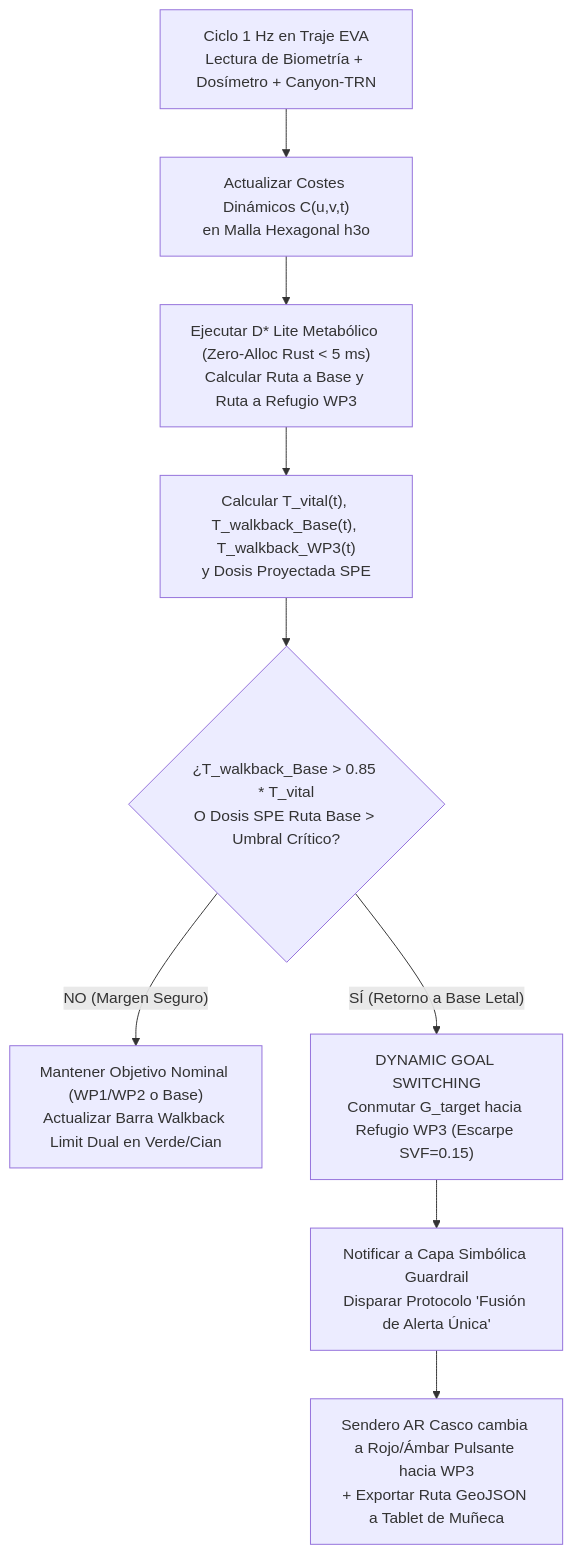
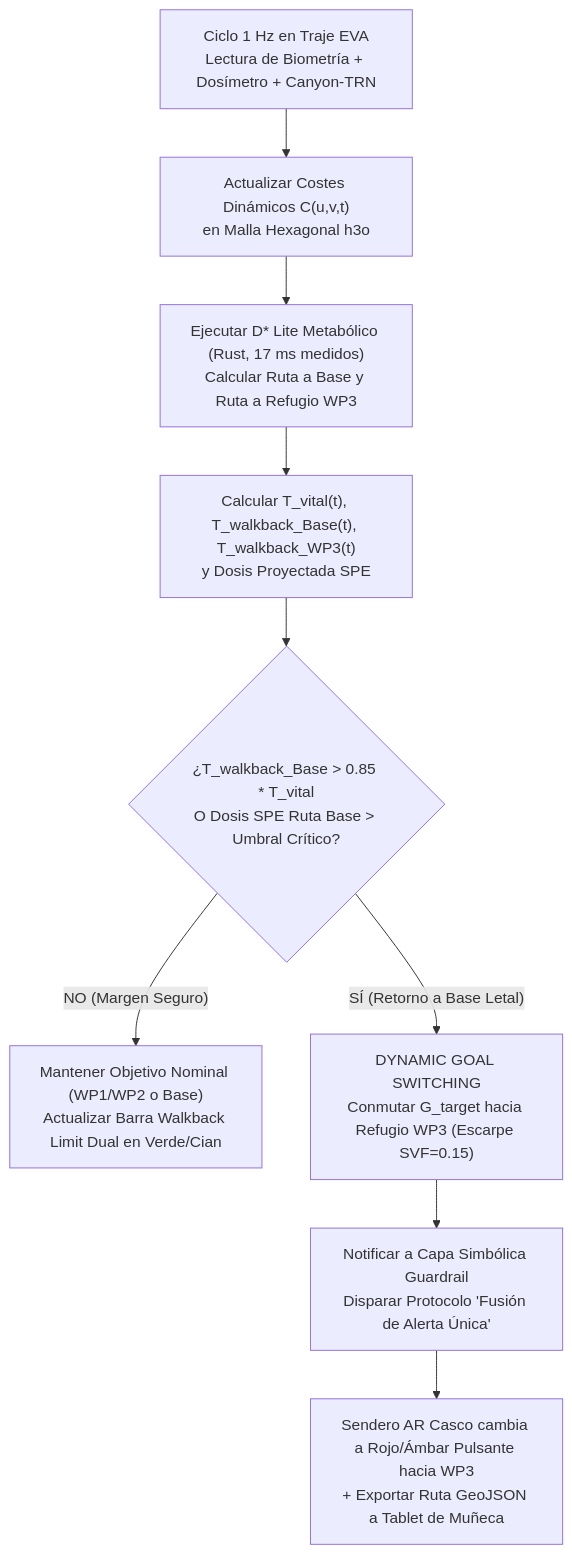
The fourth of 5 diagrams in docs/03-system-architecture-ai/ENTREGABLE_3_ARQUITECTURA_E_IA.md (guillemo12/nasa-hackathon-red-project), drawn with Mermaid before and after one commit. The commit also changed other lines of this file and 81 other files, not shown here.

````diff
--- a/docs/03-system-architecture-ai/ENTREGABLE_3_ARQUITECTURA_E_IA.md
+++ b/docs/03-system-architecture-ai/ENTREGABLE_3_ARQUITECTURA_E_IA.md
@@ -311,11 +316,11 @@
 ```mermaid
 flowchart TD
     START["Ciclo 1 Hz en Traje EVA\nLectura de Biometría + Dosímetro + Canyon-TRN"] --> UPDATE["Actualizar Costes Dinámicos C(u,v,t)\nen Malla Hexagonal h3o"]
-    UPDATE --> DSTAR["Ejecutar D* Lite Metabólico (Zero-Alloc Rust < 5 ms)\nCalcular Ruta a Base y Ruta a Refugio WP3"]
+    UPDATE --> DSTAR["Ejecutar D* Lite Metabólico (Rust, 17 ms medidos)\nCalcular Ruta a Base y Ruta a Refugio WP3"]
     DSTAR --> CALC["Calcular T_vital(t), T_walkback_Base(t), T_walkback_WP3(t)\ny Dosis Proyectada SPE"]
     CALC --> CHECK{"¿T_walkback_Base > 0.85 * T_vital\nO Dosis SPE Ruta Base > Umbral Crítico?"}
     CHECK -->|"NO (Margen Seguro)"| NOMINAL["Mantener Objetivo Nominal (WP1/WP2 o Base)\nActualizar Barra Walkback Limit Dual en Verde/Cian"]
     CHECK -->|"SÍ (Retorno a Base Letal)"| SWITCH["DYNAMIC GOAL SWITCHING\nConmutar G_target hacia Refugio WP3 (Escarpe SVF=0.15)"]
     SWITCH --> GUARD["Notificar a Capa Simbólica Guardrail\nDisparar Protocolo 'Fusión de Alerta Única'"]
     GUARD --> HUD_UPD["Sendero AR Casco cambia a Rojo/Ámbar Pulsante hacia WP3\n+ Exportar Ruta GeoJSON a Tablet de Muñeca"]
 ```
````
